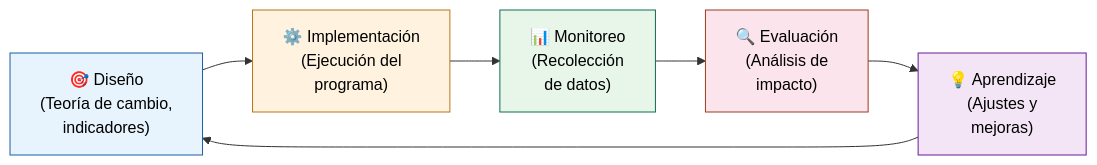
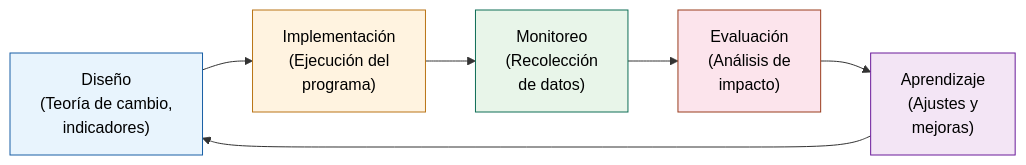
The diagram in capitulos/00-bienvenida.qmd (adespada/ImpactEvaluation_Toolkit), drawn with Mermaid before and after one commit. The commit also changed other lines of this file and 56 other files, not shown here.

````diff
--- a/capitulos/00-bienvenida.qmd
+++ b/capitulos/00-bienvenida.qmd
@@ -18,17 +18,17 @@
 ```{mermaid}
 %%| fig-cap: "Ciclo de vida de un programa social"
 %%| label: fig-ciclo-programa
 
 flowchart LR
-    A["🎯 Diseño\n(Teoría de cambio,\nindicadores)"] --> B["⚙️ Implementación\n(Ejecución del\nprograma)"]
-    B --> C["📊 Monitoreo\n(Recolección\nde datos)"]
-    C --> D["🔍 Evaluación\n(Análisis de\nimpacto)"]
-    D --> E["💡 Aprendizaje\n(Ajustes y\nmejoras)"]
+    A["Diseño<br/>(Teoría de cambio,<br/>indicadores)"] --> B["Implementación<br/>(Ejecución del<br/>programa)"]
+    B --> C["Monitoreo<br/>(Recolección<br/>de datos)"]
+    C --> D["Evaluación<br/>(Análisis de<br/>impacto)"]
+    D --> E["Aprendizaje<br/>(Ajustes y<br/>mejoras)"]
     E --> A
 
     style A fill:#E8F4FD,stroke:#185FA5,color:#000
     style B fill:#FFF3E0,stroke:#BA7517,color:#000
     style C fill:#E8F5E9,stroke:#0F6E56,color:#000
     style D fill:#FCE4EC,stroke:#993C1D,color:#000
     style E fill:#F3E5F5,stroke:#6A1B9A,color:#000
 ```
````
